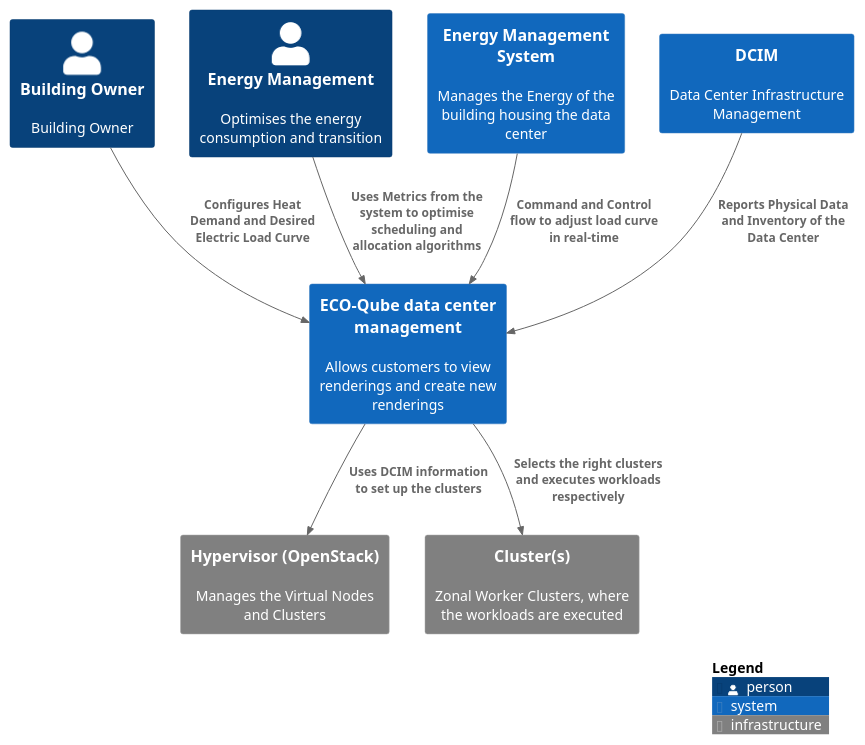
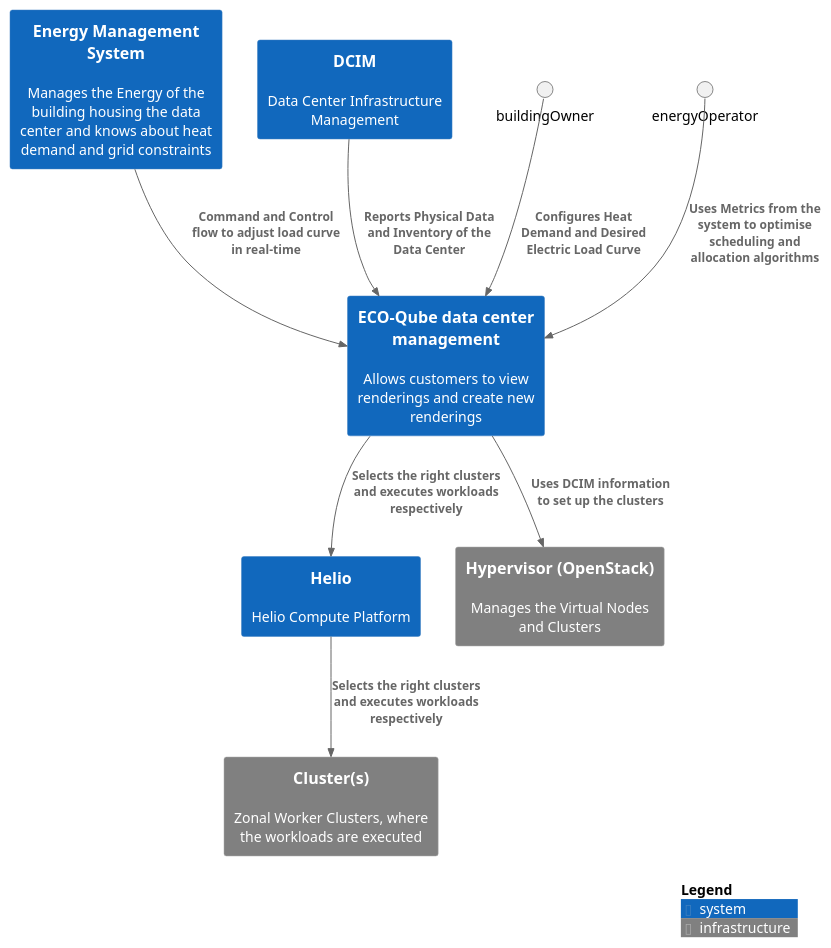
The diagram in L1 System Context.puml (ECO-Qube/doc), drawn with PlantUML before and after one commit. The commit also changed 3 other files, not shown here.

```diff
--- a/L1 System Context.puml
+++ b/L1 System Context.puml
@@ -1,28 +1,27 @@
 @startuml
 !include https://raw.githubusercontent.com/plantuml-stdlib/C4-PlantUML/master/C4_Context.puml
 
 AddElementTag("infrastructure", $bgColor="grey", $fontColor="white", $borderColor="darkgrey")
 
-Person(buildingOwner, "Building Owner", "Building Owner")
-Person(energyOperator, "Energy Management", "Optimises the energy consumption and transition")
-
-System(ems, "Energy Management System", "Manages the Energy of the building housing the data center")
+System(ems, "Energy Management System", "Manages the Energy of the building housing the data center and knows about heat demand and grid constraints")
 System(dcim, "DCIM", "Data Center Infrastructure Management")
 
 System(ecoQube, "ECO-Qube data center management", "Allows customers to view renderings and create new renderings")
+System(helio, "Helio", "Helio Compute Platform")
 
 System(hypervisor, "Hypervisor (OpenStack)", "Manages the Virtual Nodes and Clusters", $tags="infrastructure")
 System(clusters, "Cluster(s)", "Zonal Worker Clusters, where the workloads are executed", $tags="infrastructure")
 
 Rel(buildingOwner, ecoQube, "Configures Heat Demand and Desired Electric Load Curve")
 Rel(energyOperator, ecoQube, "Uses Metrics from the system to optimise scheduling and allocation algorithms")
 
 Rel(ems, ecoQube, "Command and Control flow to adjust load curve in real-time")
 Rel(dcim, ecoQube, "Reports Physical Data and Inventory of the Data Center")
 
 Rel(ecoQube, hypervisor, "Uses DCIM information to set up the clusters")
-Rel(ecoQube, clusters, "Selects the right clusters and executes workloads respectively")
+Rel(ecoQube, helio, "Selects the right clusters and executes workloads respectively")
+Rel(helio, clusters, "Selects the right clusters and executes workloads respectively")
 
 SHOW_LEGEND()
 
 @enduml
```
